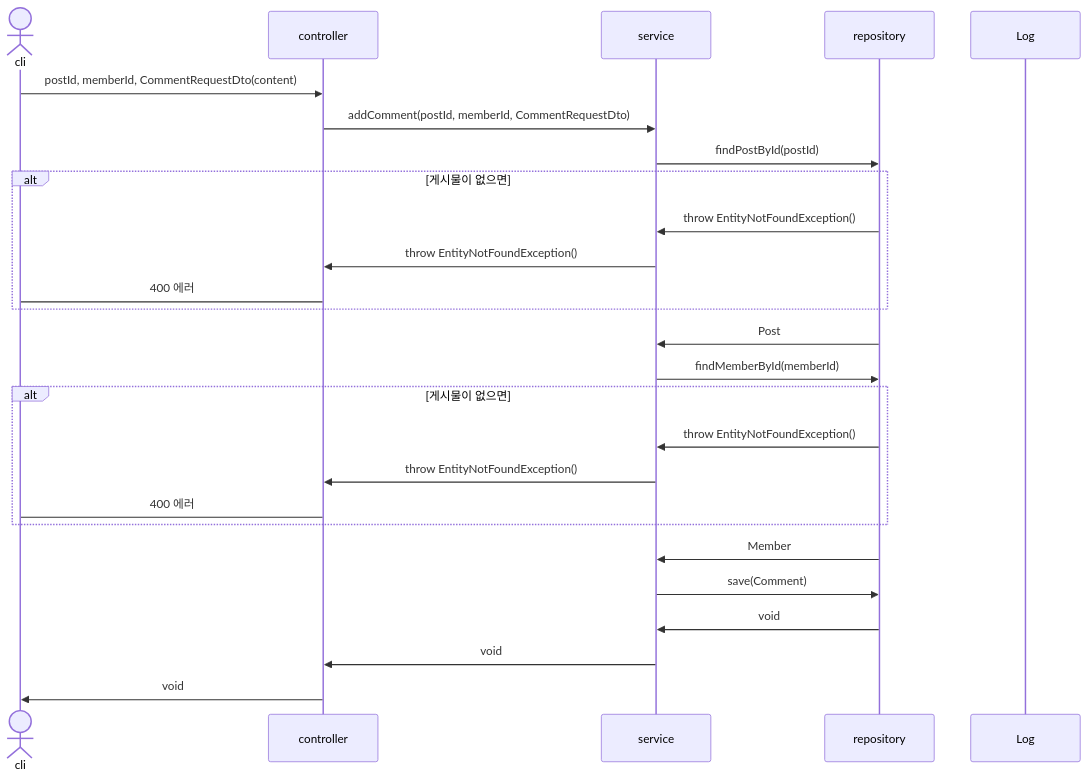
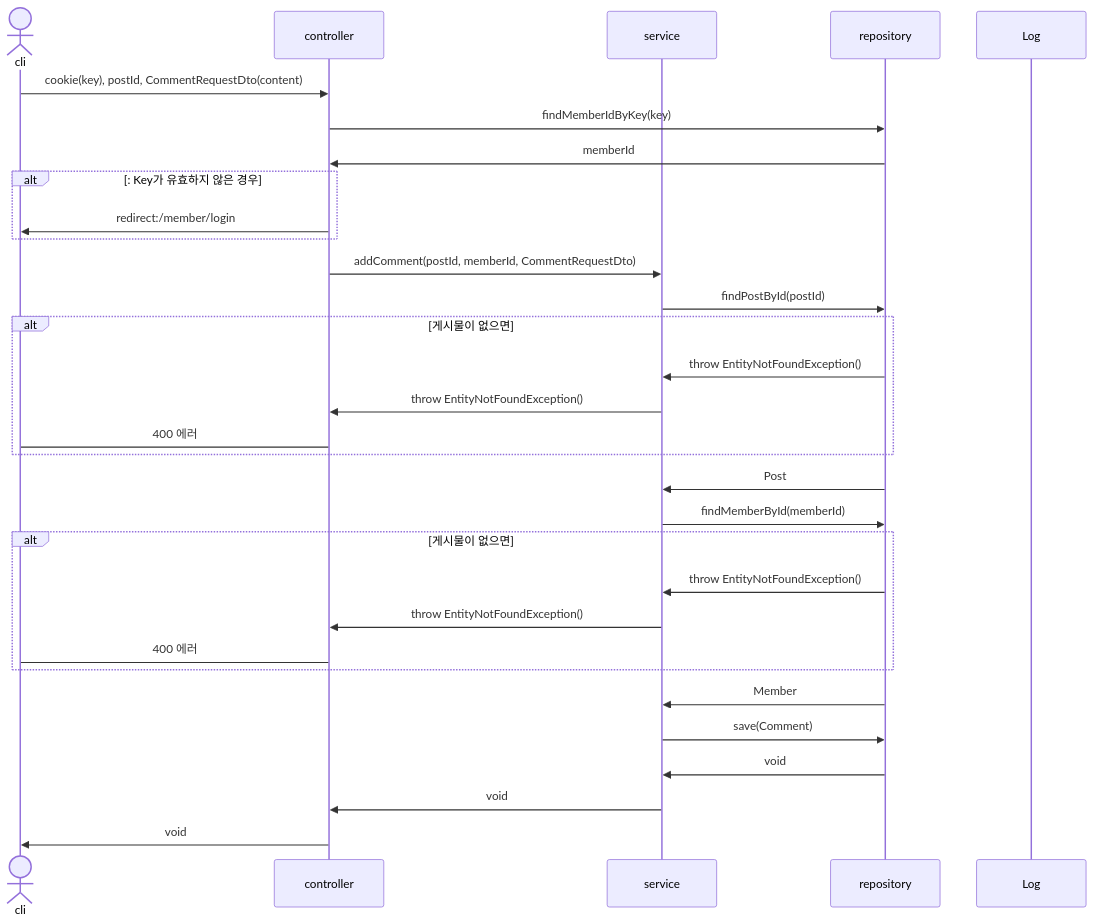
Before and after one commit to mtak0235/snsX: diagram 20 of 29 in sequence.md, drawn with Mermaid. The commit also changed other lines of this file, not shown here.

Commit message:
update addComment & removeComment sequence diagram

````diff
--- a/sequence.md
+++ b/sequence.md
@@ -480,29 +480,34 @@
 ```mermaid
 sequenceDiagram
 actor cli
 participant c as controller
 participant s as service
 participant r as repository
 participant l as Log
 
-cli->>c: postId, memberId, CommentRequestDto(content)
+cli->>c: cookie(key), postId, CommentRequestDto(content)
+c->>r: findMemberIdByKey(key)
+r->>c: memberId
+alt: Key가 유효하지 않은 경우
+c->>cli: redirect:/member/login
+end
 c->>s: addComment(postId, memberId, CommentRequestDto)
 s->>r: findPostById(postId)
 alt 게시물이 없으면
 r->>s: throw EntityNotFoundException()
 s->>c: throw EntityNotFoundException()
 c->cli: 400 에러
 end
 r->>s: Post
 s->>r: findMemberById(memberId)
 alt 게시물이 없으면
 r->>s: throw EntityNotFoundException()
 s->>c: throw EntityNotFoundException()
 c->cli: 400 에러
 end
 r->>s: Member
 s->>r: save(Comment)
 r->>s: void
 s->>c: void
 c->>cli: void
 ```
````
